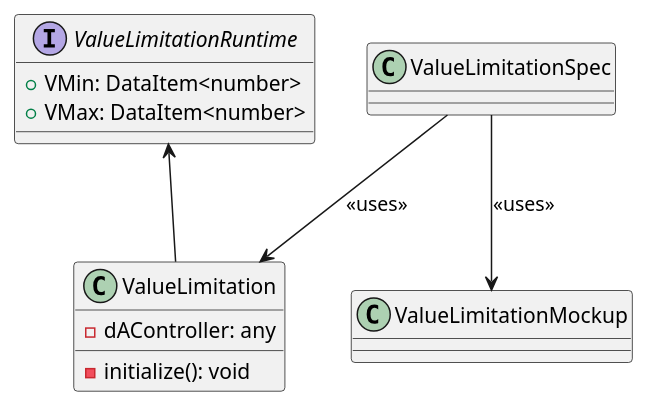
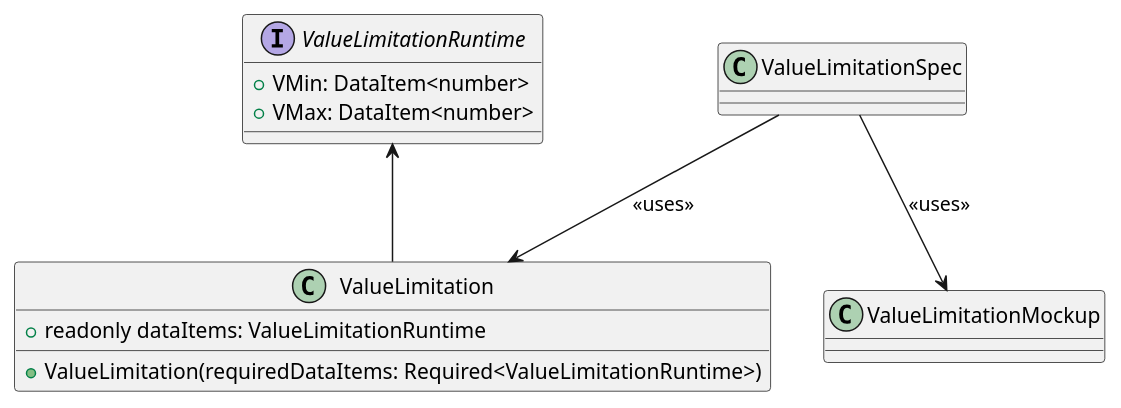
One commit to p2o-lab/polaris-backend changed the diagram in src/modularPlantManager/pea/dataAssembly/baseFunction/valueLimitation/ValueLimitation.puml. Above: the diagram before and after it, drawn with PlantUML. The commit also changed 12 other files, not shown here.

```diff
--- a/src/modularPlantManager/pea/dataAssembly/baseFunction/valueLimitation/ValueLimitation.puml
+++ b/src/modularPlantManager/pea/dataAssembly/baseFunction/valueLimitation/ValueLimitation.puml
@@ -26,18 +26,18 @@
 @startuml
 'https://plantuml.com/class-diagram
 
 interface ValueLimitationRuntime {
 	+ VMin: DataItem<number>
 	+ VMax: DataItem<number>
 }
 
 class ValueLimitation{
-    - dAController: any
-    - initialize(): void
+    + readonly dataItems: ValueLimitationRuntime
+    + ValueLimitation(requiredDataItems: Required<ValueLimitationRuntime>)
 }
 
 ValueLimitationRuntime <-- ValueLimitation
 ValueLimitationSpec --> ValueLimitation : <<uses>>
 ValueLimitationSpec --> ValueLimitationMockup : <<uses>>
 
 @enduml
```
